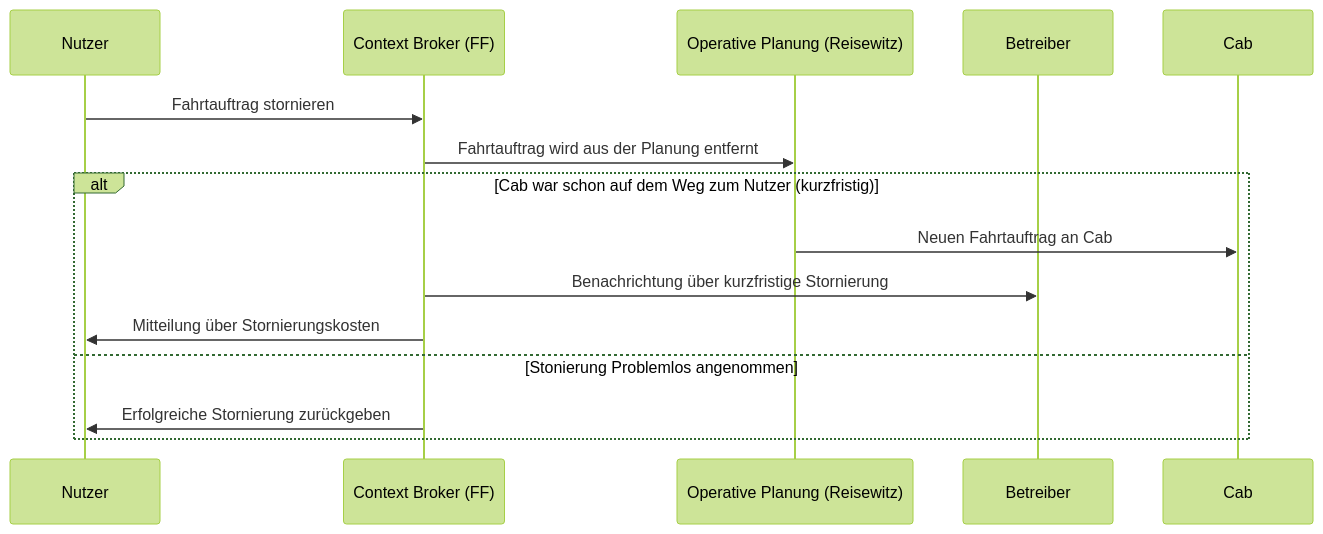
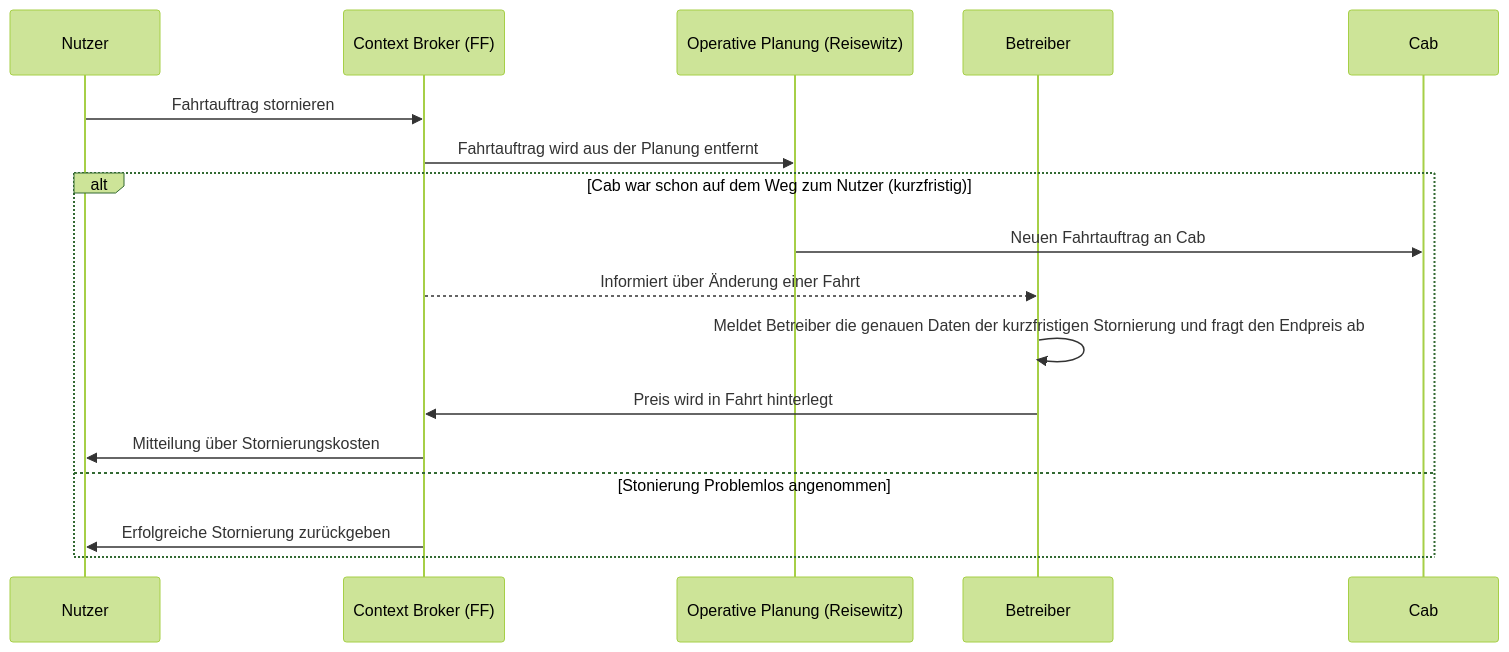
The fifth of 5 diagrams in README.md (NeMo-bil/documentation), drawn with Mermaid (forest theme) before and after one commit.

Commit message:
Anpassung der Fahrt stornieren

````diff
--- a/README.md
+++ b/README.md
@@ -207,24 +207,26 @@
 ```mermaid
 sequenceDiagram
 %% auskommentieren wenn wir Details zur Kommunikation aufschreiben
 %% autonumber
 %% Benutzer definieren
 %%actor User
 %% technische Teilnehmer/Componenten definieren
 participant Nutzer
 participant CB as Context Broker (FF)
 participant RW as Operative Planung (Reisewitz)
 participant Betreiber
 participant Cab
 
 Nutzer->>CB: Fahrtauftrag stornieren
 CB->>RW: Fahrtauftrag wird aus der Planung entfernt
 
 alt Cab war schon auf dem Weg zum Nutzer (kurzfristig)
     RW->>Cab: Neuen Fahrtauftrag an Cab
-    CB->>Betreiber: Benachrichtung über kurzfristige Stornierung
+    CB-->>Betreiber: Informiert über Änderung einer Fahrt
+    Betreiber->>Betreiber: Meldet Betreiber die genauen Daten der kurzfristigen Stornierung und fragt den Endpreis ab
+    Betreiber->>CB: Preis wird in Fahrt hinterlegt
     CB->>Nutzer: Mitteilung über Stornierungskosten
 else Stonierung Problemlos angenommen
     CB->>Nutzer: Erfolgreiche Stornierung zurückgeben
 end
 ```
````
